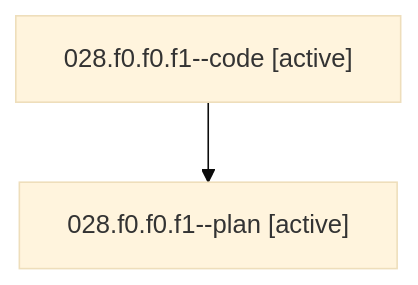
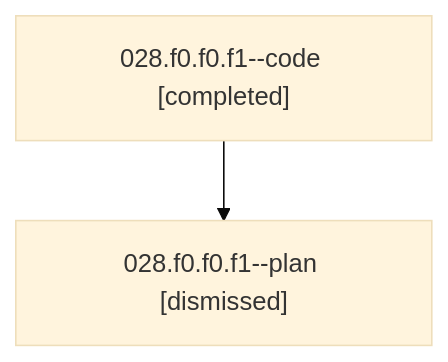
One commit to bobs-org/bob-cli--agents changed the diagram in families/bbugyi200.athena.028.f0.f0.f1.md. Above: the diagram before and after it, drawn with Mermaid (base theme). The commit also changed other lines of this file and 265 other files, not shown here.

````diff
--- a/families/bbugyi200.athena.028.f0.f0.f1.md
+++ b/families/bbugyi200.athena.028.f0.f0.f1.md
@@ -9,6 +9,6 @@
 ```mermaid
 flowchart TD
-  n0["028.f0.f0.f1--code [active]"]
-  n1["028.f0.f0.f1--plan [active]"]
+  n0["028.f0.f0.f1--code [completed]"]
+  n1["028.f0.f0.f1--plan [dismissed]"]
   n0 --> n1
 ```
````
